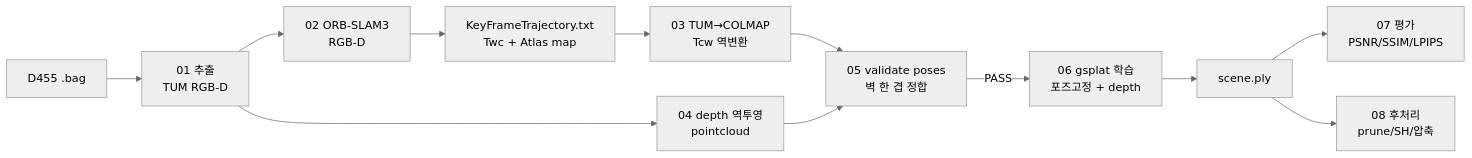
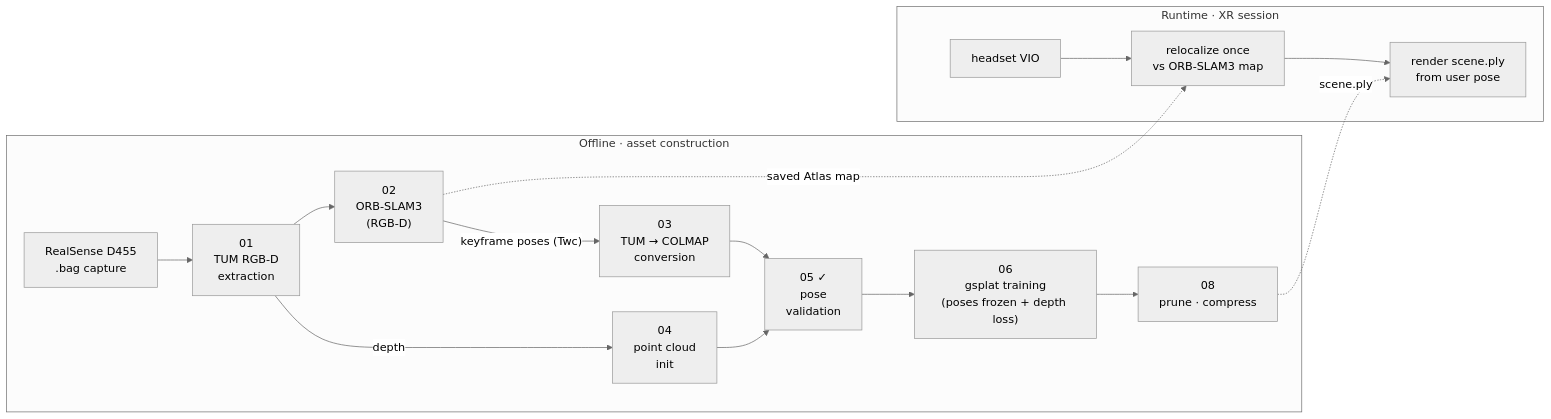
One commit to ingon1026/xr-splat changed the diagram in README.md. Above: the diagram before and after it, drawn with Mermaid (neutral theme). The commit also changed other lines of this file and 1 other file, not shown here.

First line of the commit message:
docs: add project README skeleton (pipeline diagram, teaser placeholder)

````diff
--- a/README.md
+++ b/README.md
@@ -9,14 +34,19 @@
 ```mermaid
 flowchart LR
-    A[D455 .bag] --> B[01 추출<br/>TUM RGB-D]
-    B --> C[02 ORB-SLAM3<br/>RGB-D]
-    C --> D[KeyFrameTrajectory.txt<br/>Twc + Atlas map]
-    D --> E[03 TUM→COLMAP<br/>Tcw 역변환]
-    B --> F[04 depth 역투영<br/>pointcloud]
-    E --> G[05 validate poses<br/>벽 한 겹 정합]
-    F --> G
-    G -->|PASS| H[06 gsplat 학습<br/>포즈고정 + depth]
-    H --> I[scene.ply]
-    I --> J[07 평가<br/>PSNR/SSIM/LPIPS]
-    I --> K[08 후처리<br/>prune/SH/압축]
+    subgraph OFFLINE["Offline · asset construction"]
+        A["RealSense D455<br>.bag capture"] --> B["01<br>TUM RGB-D<br>extraction"]
+        B --> C["02<br>ORB-SLAM3<br>(RGB-D)"]
+        C -->|"keyframe poses (Twc)"| D["03<br>TUM → COLMAP<br>conversion"]
+        B -->|"depth"| E["04<br>point cloud<br>init"]
+        D --> F["05 ✓<br>pose<br>validation"]
+        E --> F
+        F --> G["06<br>gsplat training<br>(poses frozen + depth loss)"]
+        G --> H["08<br>prune · compress"]
+    end
+    subgraph RUNTIME["Runtime · XR session"]
+        I["headset VIO"] --> J["relocalize once<br>vs ORB-SLAM3 map"]
+        J --> K["render scene.ply<br>from user pose"]
+    end
+    C -.->|"saved Atlas map"| J
+    H -.->|"scene.ply"| K
 ```
````
